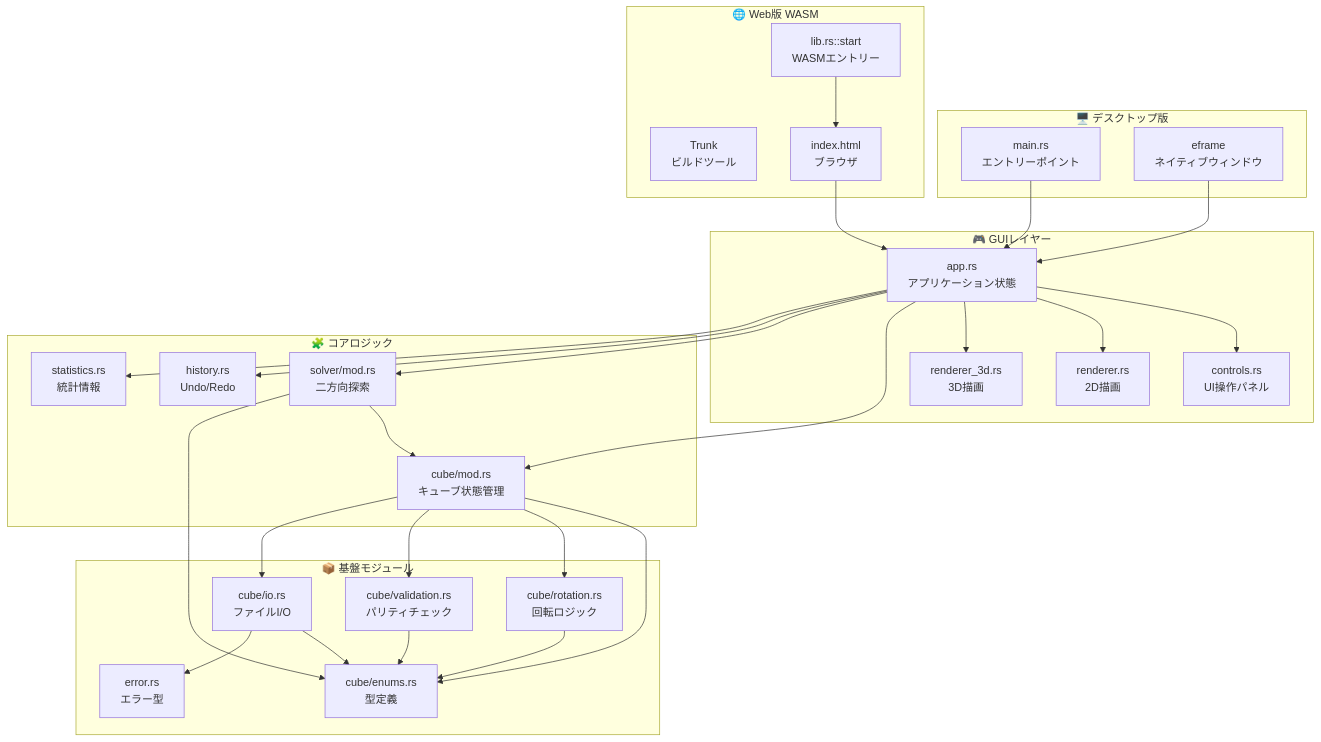
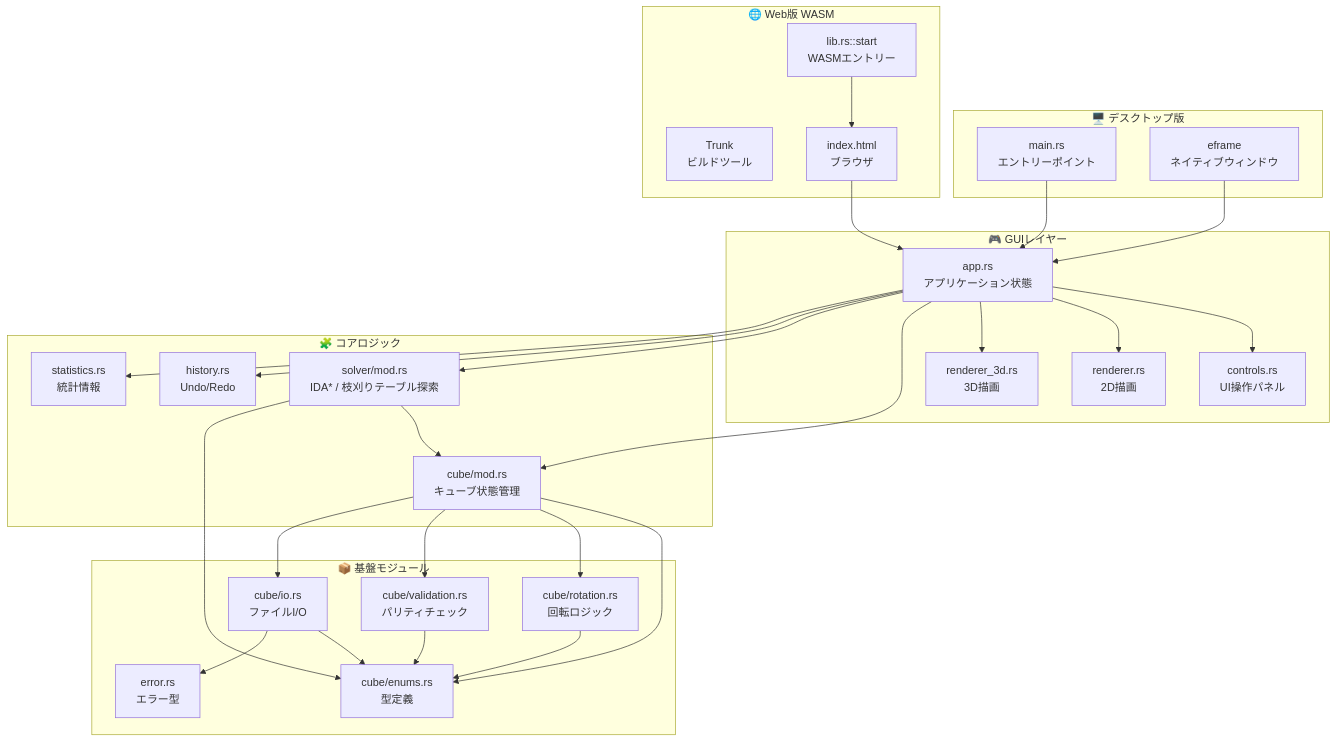
The first of 2 diagrams in 2x2-web/README.md (katoy/rust-r-cube), drawn with Mermaid before and after one commit. The commit also changed other lines of this file and 12 other files, not shown here.

````diff
--- a/2x2-web/README.md
+++ b/2x2-web/README.md
@@ -112,60 +112,60 @@
 ```mermaid
 graph TB
     subgraph "🖥️ デスクトップ版"
         D1[main.rs<br/>エントリーポイント]
         D2[eframe<br/>ネイティブウィンドウ]
     end
 
     subgraph "🌐 Web版 WASM"
         W1[lib.rs::start<br/>WASMエントリー]
         W2[Trunk<br/>ビルドツール]
         W3[index.html<br/>ブラウザ]
     end
 
     subgraph "🎮 GUIレイヤー"
         GUI1[app.rs<br/>アプリケーション状態]
         GUI2[controls.rs<br/>UI操作パネル]
         GUI3[renderer.rs<br/>2D描画]
         GUI4[renderer_3d.rs<br/>3D描画]
     end
 
     subgraph "🧩 コアロジック"
         CORE1[cube/mod.rs<br/>キューブ状態管理]
-        CORE2[solver/mod.rs<br/>二方向探索]
+        CORE2[solver/mod.rs<br/>IDA* / 枝刈りテーブル探索]
         CORE3[history.rs<br/>Undo/Redo]
         CORE4[statistics.rs<br/>統計情報]
     end
 
     subgraph "📦 基盤モジュール"
         BASE1[cube/enums.rs<br/>型定義]
         BASE2[cube/rotation.rs<br/>回転ロジック]
         BASE3[cube/validation.rs<br/>パリティチェック]
         BASE4[cube/io.rs<br/>ファイルI/O]
         BASE5[error.rs<br/>エラー型]
     end
 
     D1 --> GUI1
     W1 --> W3
     W3 --> GUI1
     D2 --> GUI1
 
     GUI1 --> GUI2
     GUI1 --> GUI3
     GUI1 --> GUI4
     GUI1 --> CORE1
     GUI1 --> CORE2
     GUI1 --> CORE3
     GUI1 --> CORE4
 
     CORE1 --> BASE1
     CORE1 --> BASE2
     CORE1 --> BASE3
     CORE1 --> BASE4
     CORE2 --> CORE1
     CORE2 --> BASE1
 
     BASE2 --> BASE1
     BASE3 --> BASE1
     BASE4 --> BASE1
     BASE4 --> BASE5
 ```
````
